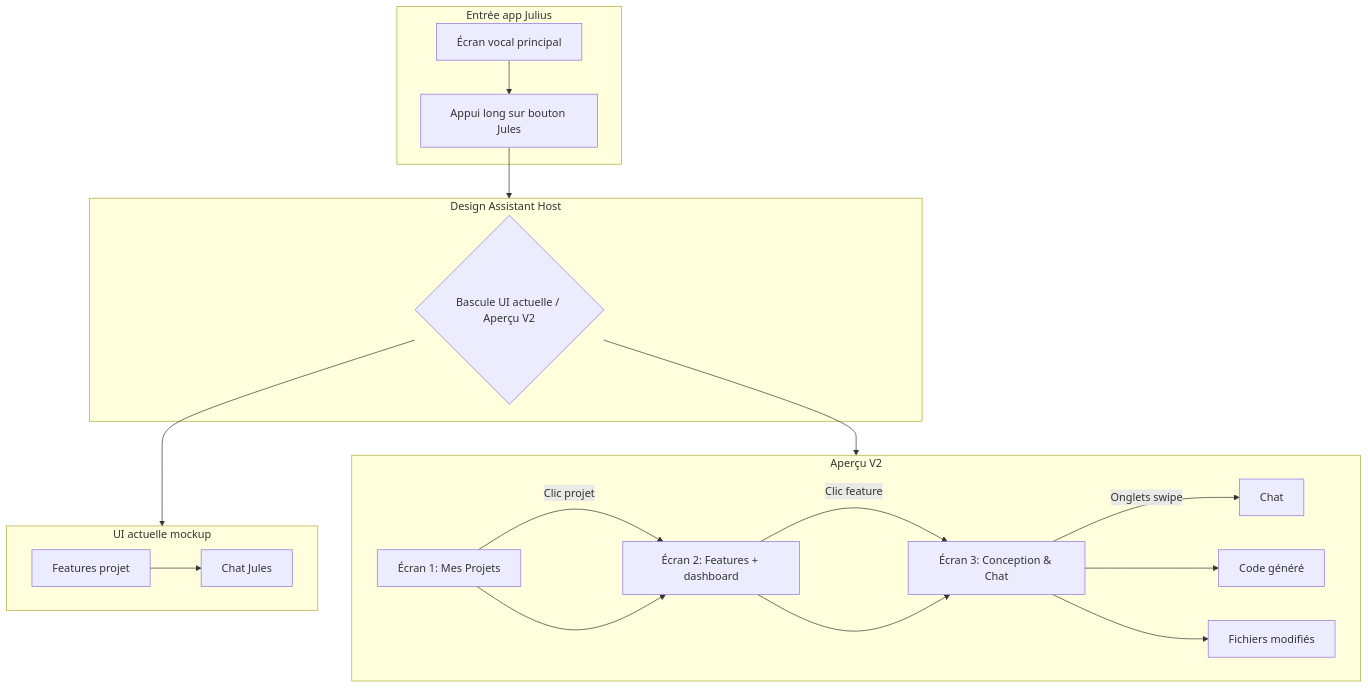
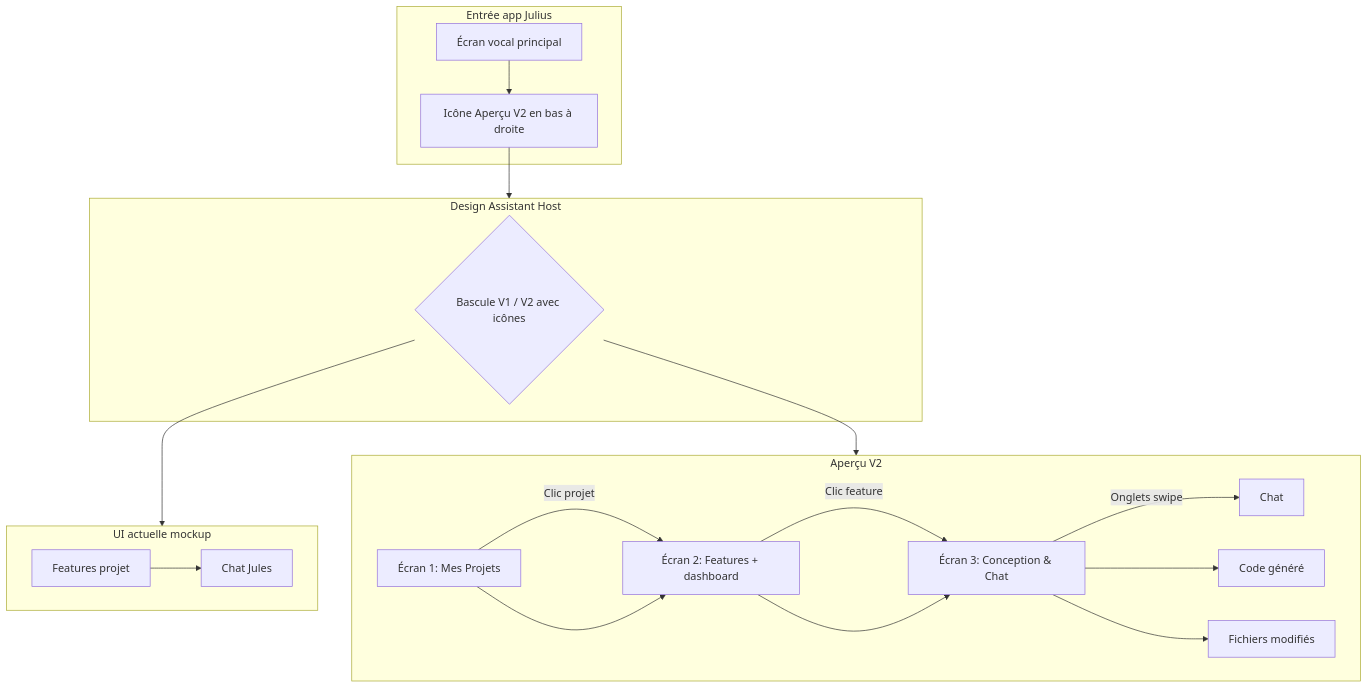
One commit to ludoo0d0a/julius changed the diagram in docs/UI_V2_DESIGN.md. Above: the diagram before and after it, drawn with Mermaid. The commit also changed other lines of this file and 7 other files, not shown here.

First line of the commit message:
feat(ui): open Design Assistant V2 via home preview icon

````diff
--- a/docs/UI_V2_DESIGN.md
+++ b/docs/UI_V2_DESIGN.md
@@ -31,33 +31,33 @@
 ```mermaid
 flowchart TD
     subgraph Entree["Entrée app Julius"]
         Home[Écran vocal principal]
-        LongPress[Appui long sur bouton Jules]
+        V2Icon[Icône Aperçu V2 en bas à droite]
     end
 
     subgraph Preview["Design Assistant Host"]
-        Toggle{Bascule UI actuelle / Aperçu V2}
+        Toggle{Bascule V1 / V2 avec icônes}
     end
 
     subgraph V1["UI actuelle mockup"]
         V1F[Features projet]
         V1C[Chat Jules]
         V1F --> V1C
     end
 
     subgraph V2["Aperçu V2"]
         P[Écran 1: Mes Projets]
         F[Écran 2: Features + dashboard]
         W[Écran 3: Conception & Chat]
         P -->|Clic projet| F
         F -->|Clic feature| W
         W -->|Onglets swipe| T1[Chat]
         W --> T2[Code généré]
         W --> T3[Fichiers modifiés]
     end
 
-    Home --> LongPress --> Preview
+    Home --> V2Icon --> Preview
     Toggle --> V1
     Toggle --> V2
     P --> F --> W
 ```
````
